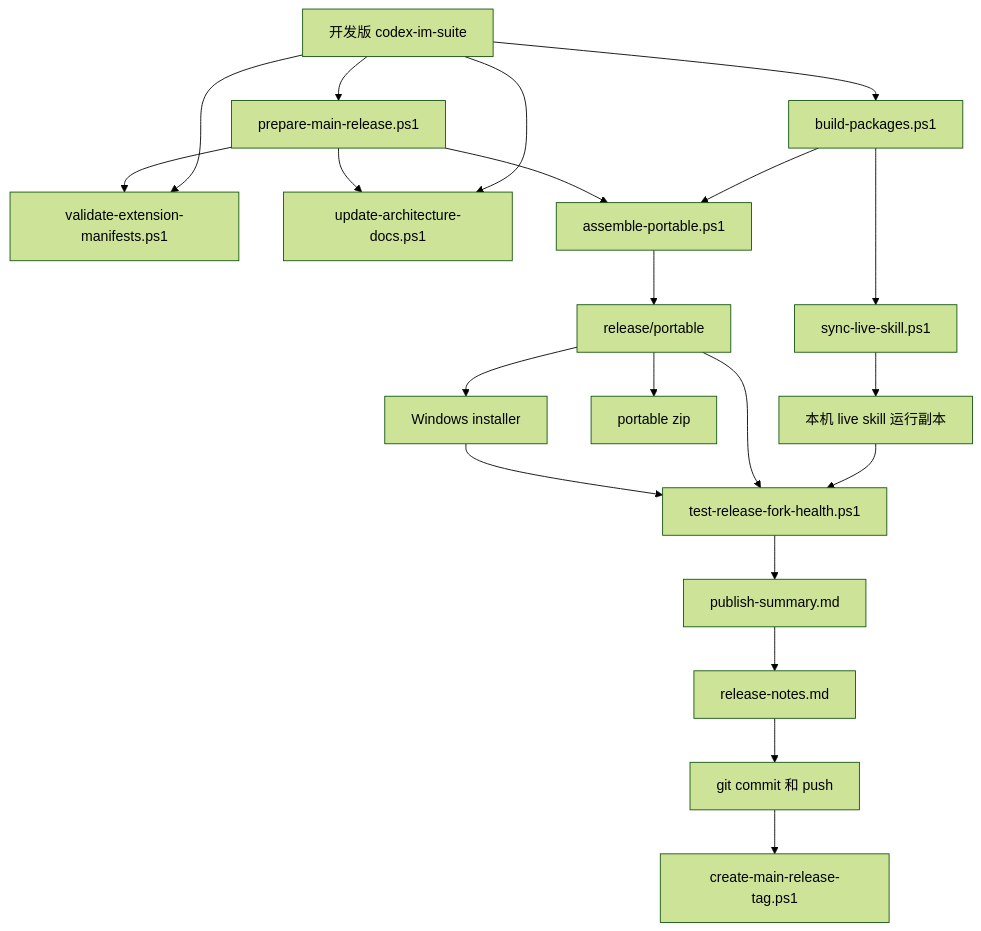
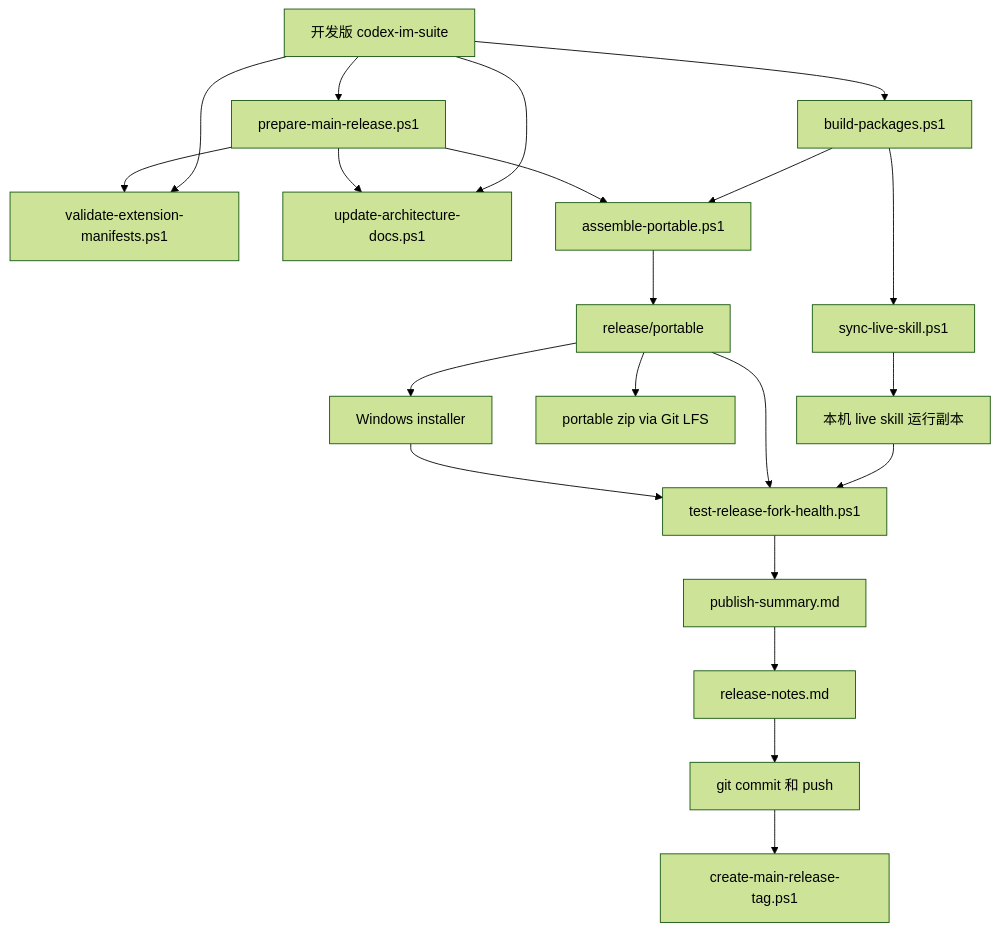
One commit to dddfuxi/codex-im-suite changed the eighth of 8 diagrams in docs/PROJECT-ARCHITECTURE.md. Above: the diagram before and after it, drawn with Mermaid (forest theme). The commit also changed other lines of this file and 5 other files, not shown here.

Commit message:
track release zip with git lfs

````diff
--- a/docs/PROJECT-ARCHITECTURE.md
+++ b/docs/PROJECT-ARCHITECTURE.md
@@ -798,23 +799,23 @@
 ```mermaid
 flowchart TD
   DevTree[开发版 codex-im-suite] --> BuildPackages[build-packages.ps1]
   DevTree --> ValidateManifest[validate-extension-manifests.ps1]
   BuildPackages --> SyncLive[sync-live-skill.ps1]
   SyncLive --> LiveRuntime[本机 live skill 运行副本]
   DevTree --> ArchCheck[update-architecture-docs.ps1]
   BuildPackages --> Assemble[assemble-portable.ps1]
   Assemble --> Portable[release/portable]
-  Portable --> Zip[portable zip]
+  Portable --> Zip[portable zip via Git LFS]
   Portable --> Installer[Windows installer]
   LiveRuntime --> ForkHealth[test-release-fork-health.ps1]
   Portable --> ForkHealth
   Installer --> ForkHealth
   ForkHealth --> PublishSummary[publish-summary.md]
   DevTree --> MainPreflight[prepare-main-release.ps1]
   MainPreflight --> ValidateManifest
   MainPreflight --> ArchCheck
   MainPreflight --> Assemble
   PublishSummary --> ReleaseNotes[release-notes.md]
   ReleaseNotes --> Git[git commit 和 push]
   Git --> Tag[create-main-release-tag.ps1]
 ```
````
